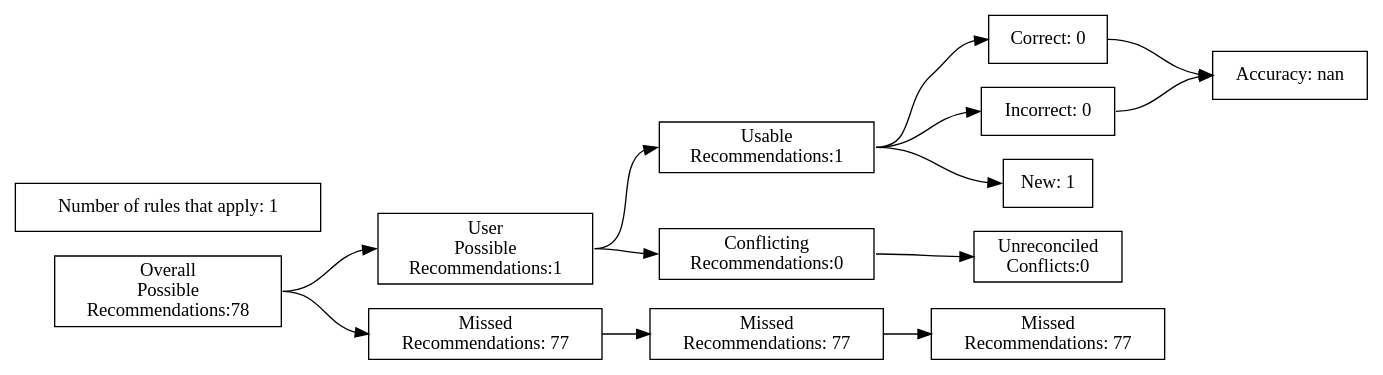
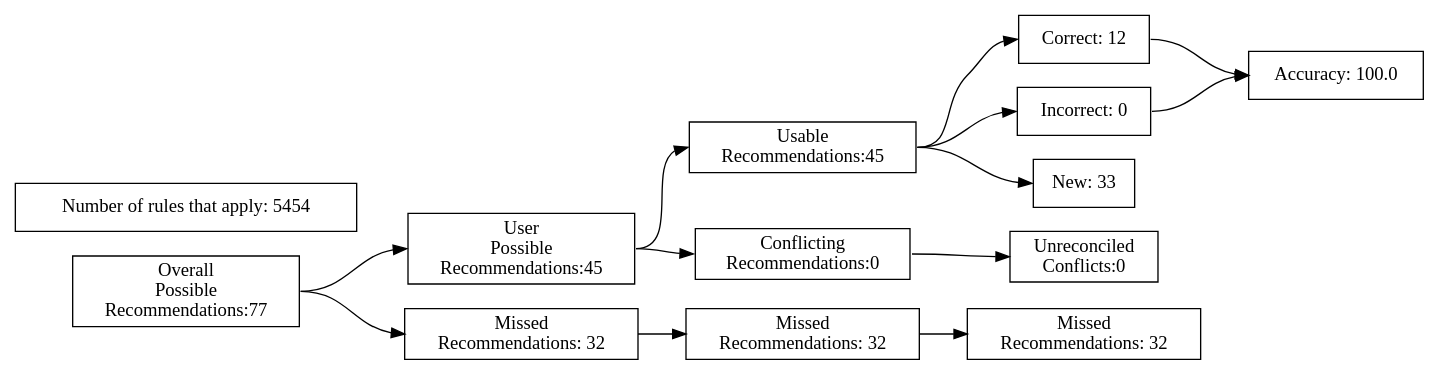
One commit to ZaxR/ibd_diet_analysis changed the diagram in test_renders/69.gv. Above: the diagram before and after it, drawn with Graphviz. The commit also changed 224 other files, not shown here.

Commit message:
Add model summary chart; fix typos

```diff
--- a/test_renders/69.gv
+++ b/test_renders/69.gv
@@ -1,40 +1,40 @@
 digraph {
 	graph [rankdir=LR]
 	node [pos=r shape=box]
 	edge [headport=w tailport=e]
 		A [label="Overall
 Possible
-Recommendations:78"]
+Recommendations:77"]
 		B [label="User
 Possible
-Recommendations:1"]
+Recommendations:45"]
 		C [label="Missed
-Recommendations: 77"]
+Recommendations: 32"]
 		D [label="Usable
-Recommendations:1"]
+Recommendations:45"]
 		E [label="Conflicting
 Recommendations:0"]
 		J [label="Missed
-Recommendations: 77"]
+Recommendations: 32"]
 		M [label="Unreconciled
 Conflicts:0"]
-		F [label="Correct: 0"]
+		F [label="Correct: 12"]
 		G [label="Incorrect: 0"]
-		H [label="New: 1"]
+		H [label="New: 33"]
 		K [label="Missed
-Recommendations: 77"]
-		I [label="Accuracy: nan"]
-		l [label="Number of rules that apply: 1"]
+Recommendations: 32"]
+		I [label="Accuracy: 100.0"]
+		l [label="Number of rules that apply: 5454"]
 			A -> B
 			A -> C
 			B -> D
 			B -> E
 			D -> F
 			D -> G
 			D -> H
 			F -> I
 			G -> I
 			C -> J
 			J -> K
 			E -> M
 }
```
